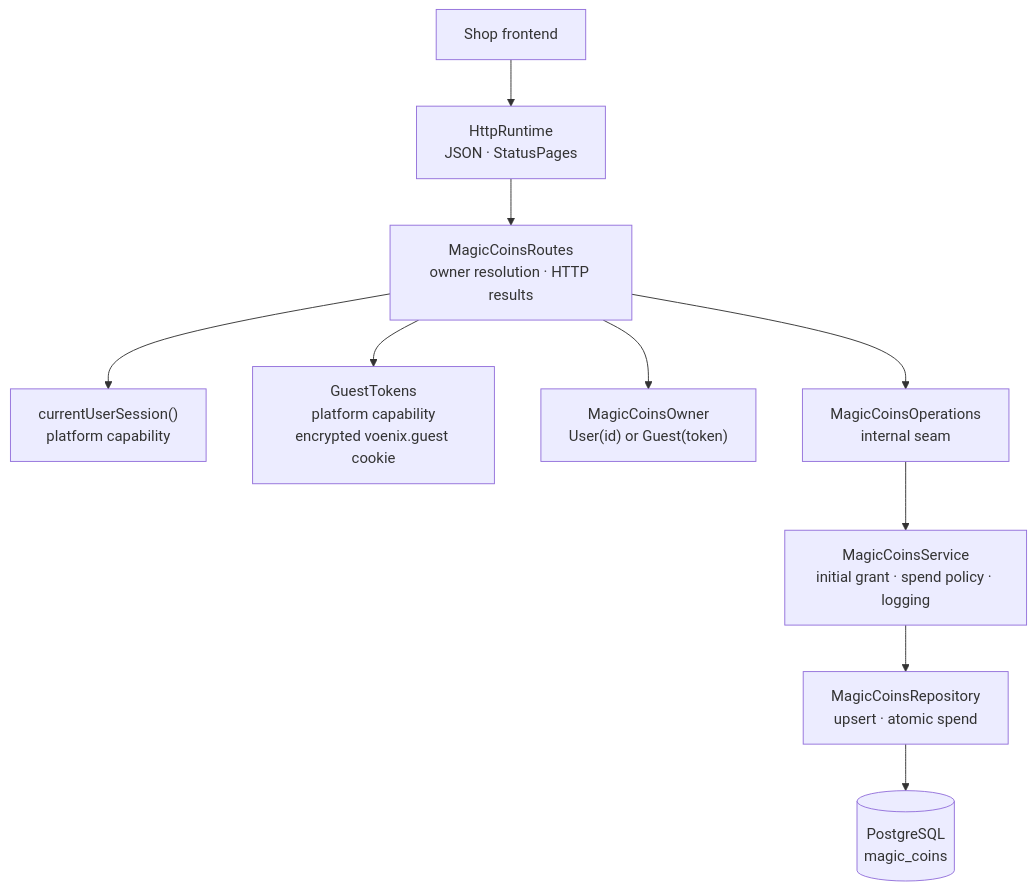
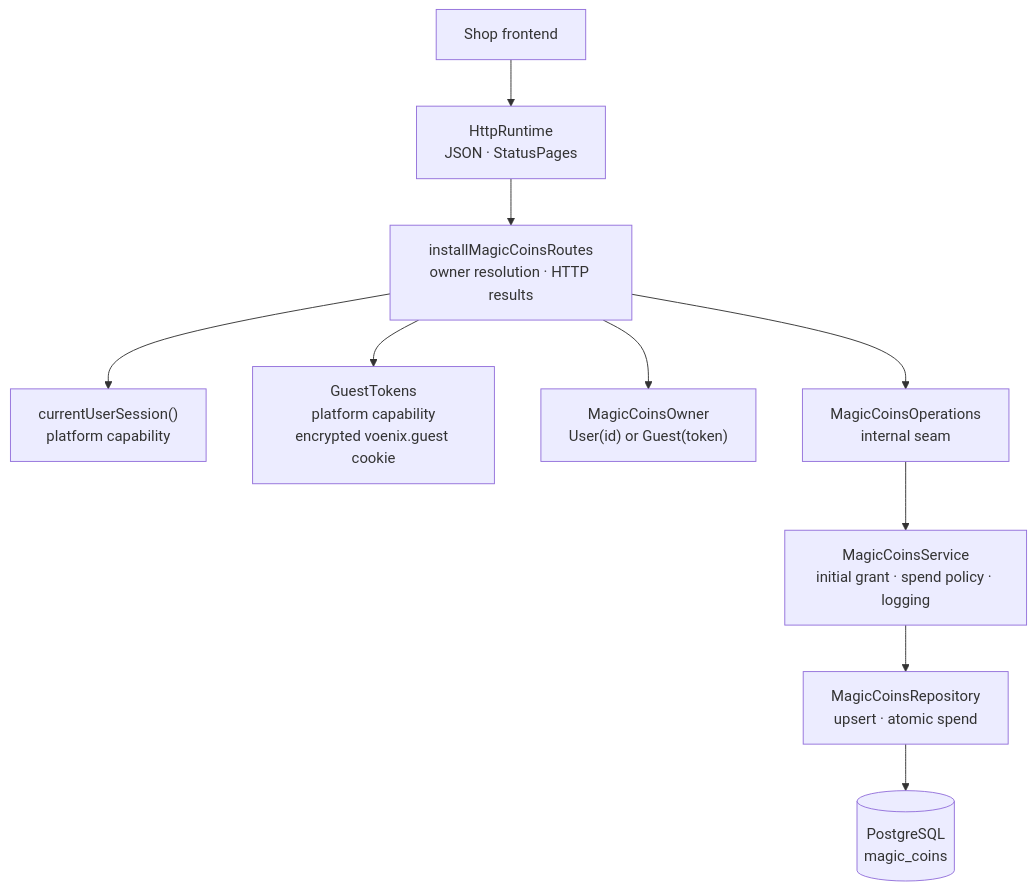
One commit to bitstorm-tech/voenix-shop-kotlin changed the diagram in docs/dev/backend/magic-coins-package.md. Above: the diagram before and after it, drawn with Mermaid. The commit also changed other lines of this file and 94 other files, not shown here.

````diff
--- a/docs/dev/backend/magic-coins-package.md
+++ b/docs/dev/backend/magic-coins-package.md
@@ -22,22 +22,22 @@
 ```mermaid
 flowchart TB
     Client["Shop frontend"]
     Http["HttpRuntime<br/>JSON · StatusPages"]
-    Routes["MagicCoinsRoutes<br/>owner resolution · HTTP results"]
+    Routes["installMagicCoinsRoutes<br/>owner resolution · HTTP results"]
     Session["currentUserSession()<br/>platform capability"]
     Guest["GuestTokens<br/>platform capability<br/>encrypted voenix.guest cookie"]
     Owner["MagicCoinsOwner<br/>User(id) or Guest(token)"]
     Operations["MagicCoinsOperations<br/>internal seam"]
     Service["MagicCoinsService<br/>initial grant · spend policy · logging"]
     Repository["MagicCoinsRepository<br/>upsert · atomic spend"]
     Table[("PostgreSQL<br/>magic_coins")]
 
     Client --> Http --> Routes
     Routes --> Session
     Routes --> Guest
     Routes --> Owner
     Routes --> Operations
     Operations --> Service
     Service --> Repository
     Repository --> Table
 ```
````
